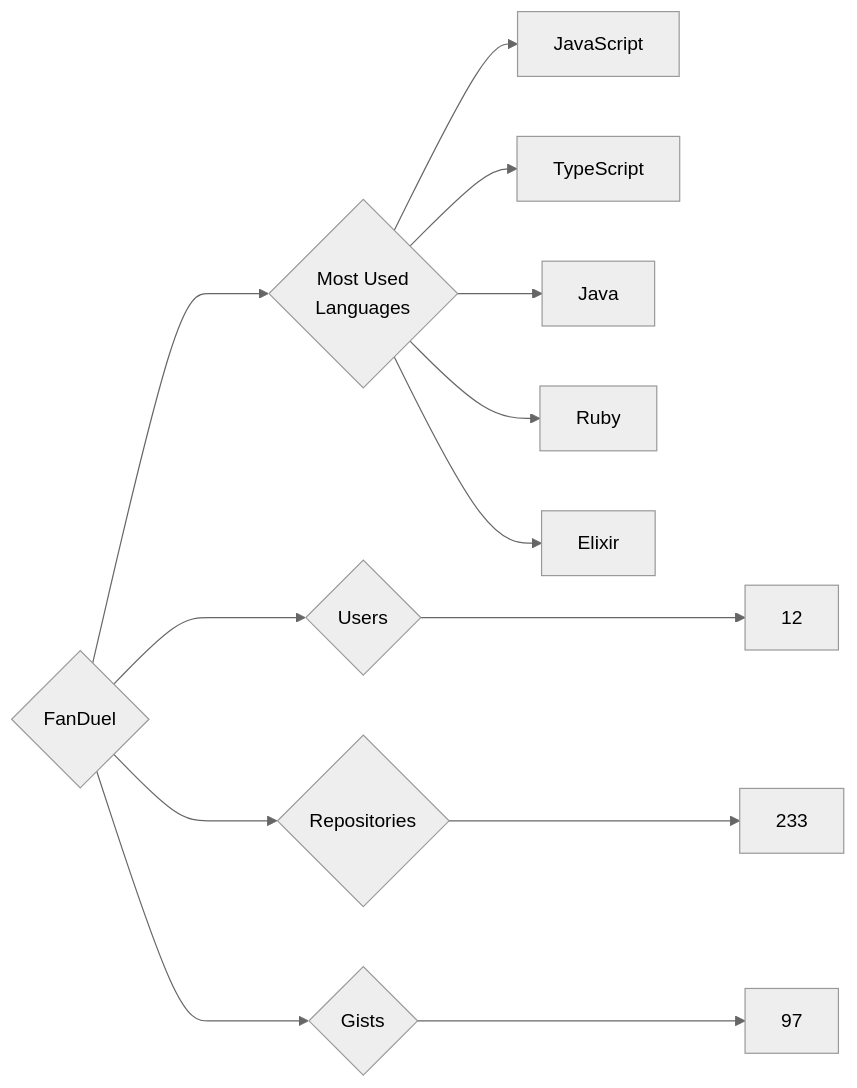
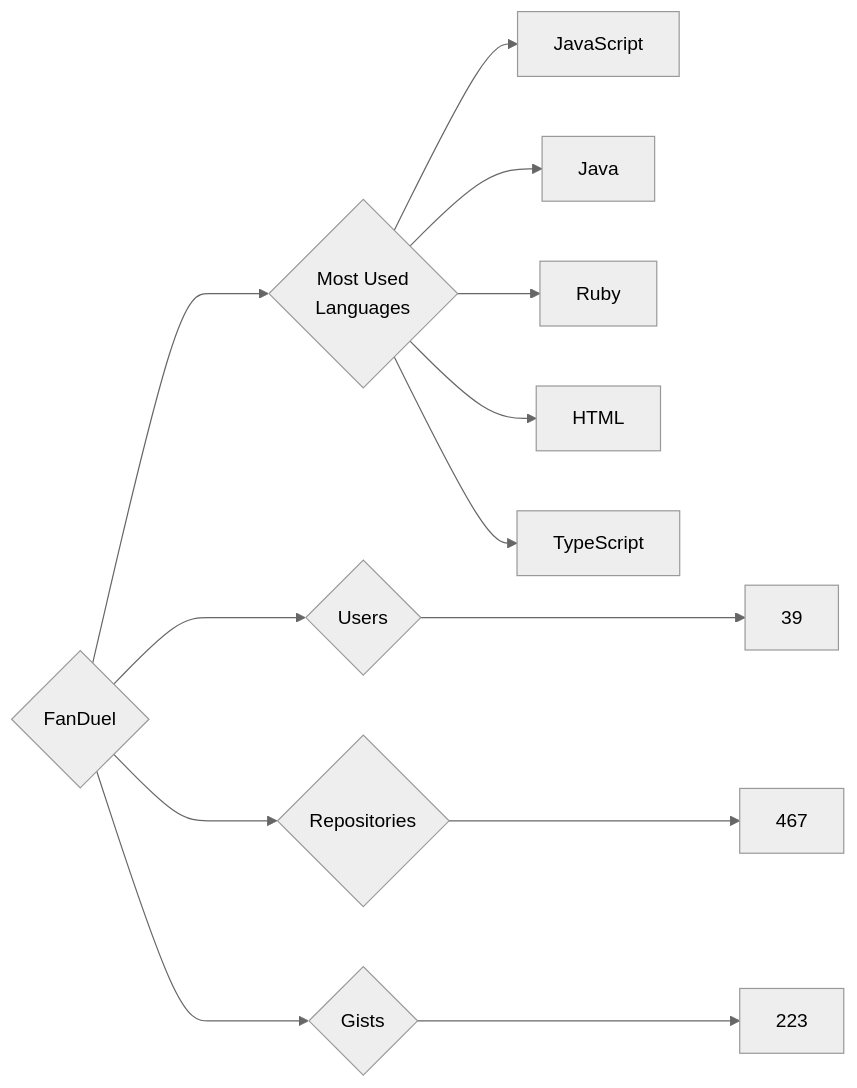
One commit to trickest/insiders changed the diagram in targets/FanDuel/README.md. Above: the diagram before and after it, drawn with Mermaid (neutral theme). The commit also changed 748 other files, not shown here.

````diff
--- a/targets/FanDuel/README.md
+++ b/targets/FanDuel/README.md
@@ -3,13 +3,13 @@
 ```mermaid
 graph LR
 COMPANY_NAME{FanDuel}
-COMPANY_NAME ---> U{Users} ---> UN[12]
-COMPANY_NAME ---> R{Repositories} ---> RN[233]
-COMPANY_NAME ---> G{Gists} ---> GN[97]
+COMPANY_NAME ---> U{Users} ---> UN[39]
+COMPANY_NAME ---> R{Repositories} ---> RN[467]
+COMPANY_NAME ---> G{Gists} ---> GN[223]
 COMPANY_NAME ---> ML{Most Used<br>Languages}
 ML --> JavaScript[JavaScript]
-ML --> TypeScript[TypeScript]
 ML --> Java[Java]
 ML --> Ruby[Ruby]
-ML --> Elixir[Elixir]
+ML --> HTML[HTML]
+ML --> TypeScript[TypeScript]
 ```
````
